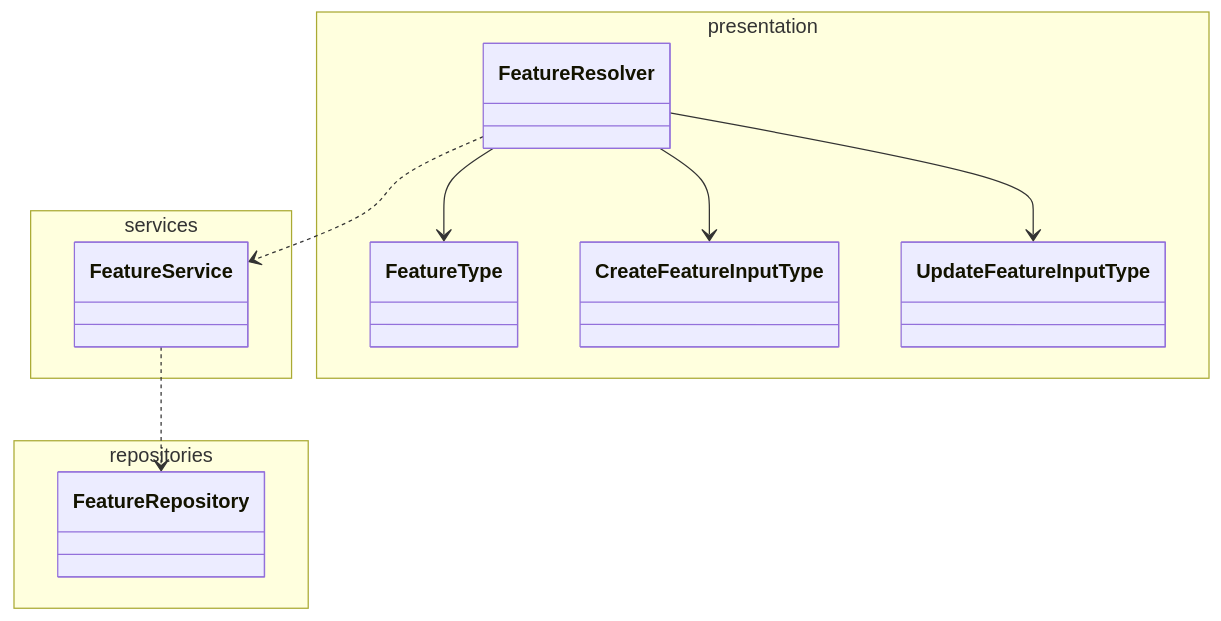
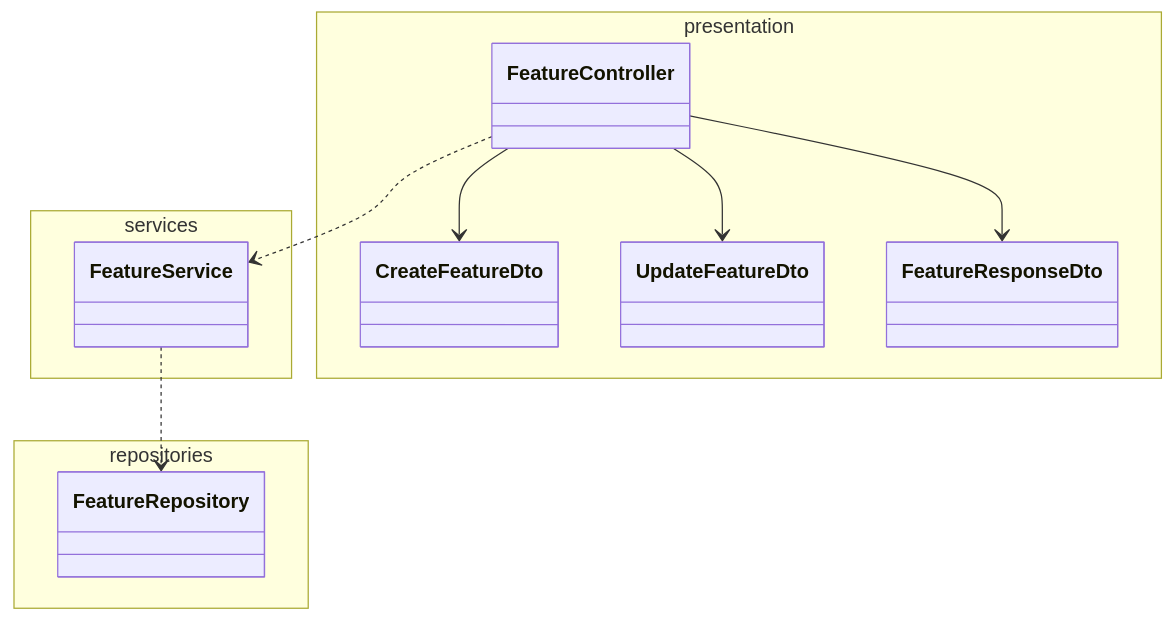
One commit to Applifting/edu-template changed the diagram in apps/backend/README.md. Above: the diagram before and after it, drawn with Mermaid. The commit also changed other lines of this file and 49 other files, not shown here.

First line of the commit message:
chore: remove GraphQL stack from the repo

````diff
--- a/apps/backend/README.md
+++ b/apps/backend/README.md
@@ -25,24 +23,24 @@
 ```mermaid
 classDiagram
 
   namespace services {
     class FeatureService
   }
 
   namespace presentation {
-    class FeatureResolver
-    class FeatureType
-    class CreateFeatureInputType
-    class UpdateFeatureInputType
+    class FeatureController
+    class CreateFeatureDto
+    class UpdateFeatureDto
+    class FeatureResponseDto
   }
 
   namespace repositories {
     class FeatureRepository
   }
 
-  FeatureResolver --> FeatureType
-  FeatureResolver --> CreateFeatureInputType
-  FeatureResolver --> UpdateFeatureInputType
-  FeatureResolver ..> FeatureService
+  FeatureController --> CreateFeatureDto
+  FeatureController --> UpdateFeatureDto
+  FeatureController --> FeatureResponseDto
+  FeatureController ..> FeatureService
   FeatureService ..> FeatureRepository
 ```
````
